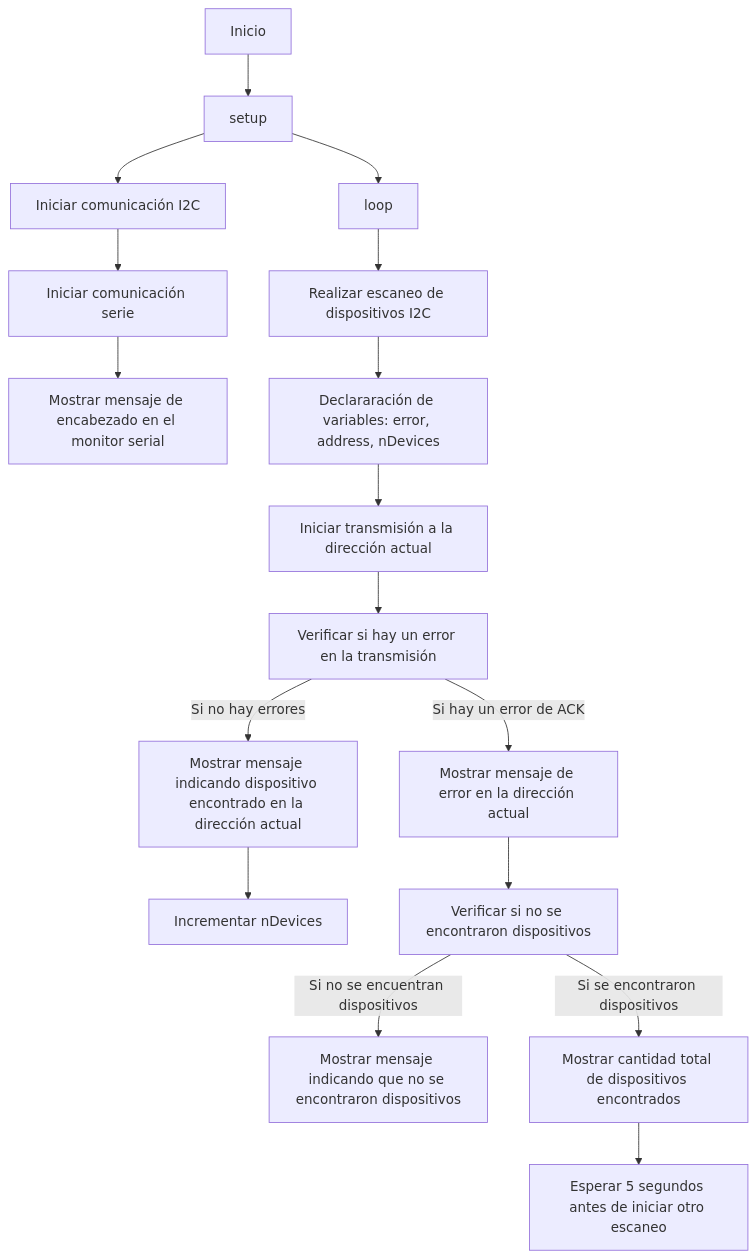
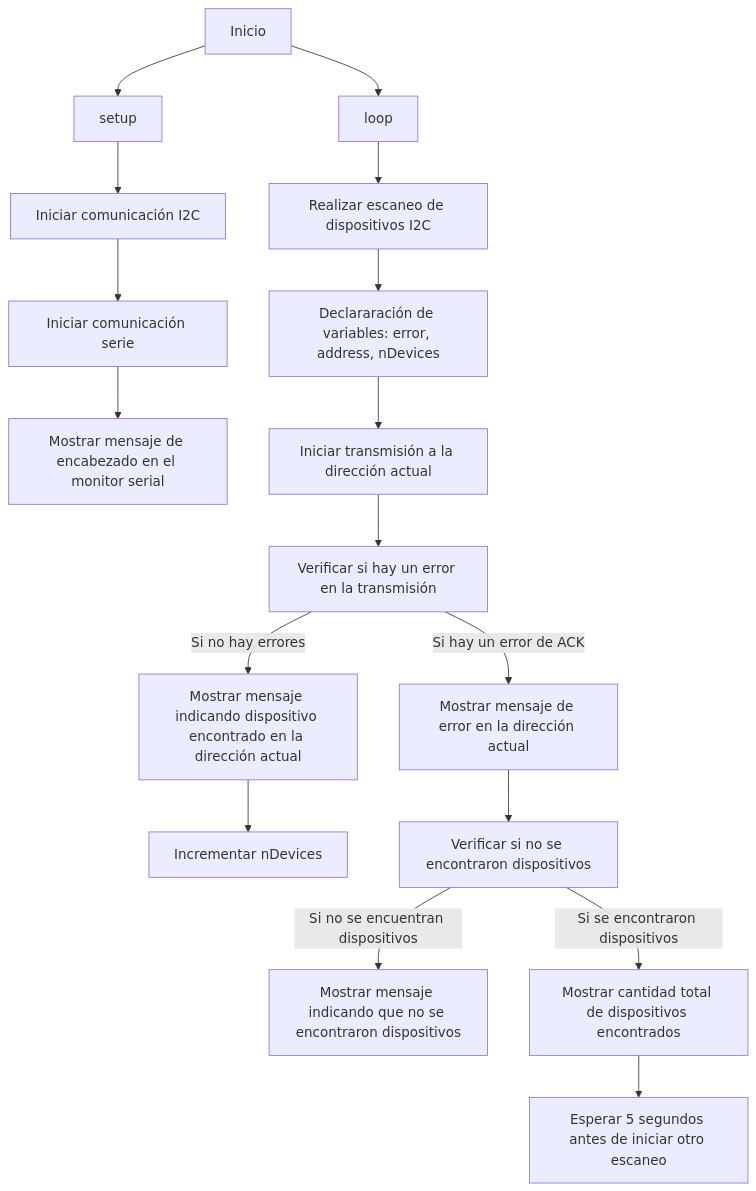
One commit to Yagouch/ProcesadoresDigitales changed the diagram in README.md. Above: the diagram before and after it, drawn with Mermaid.

````diff
--- a/README.md
+++ b/README.md
@@ -68,21 +68,21 @@
 ```mermaid
 flowchart TD;
     A[Inicio] --> B[setup];
     B --> C[Iniciar comunicación I2C];
     C --> D[Iniciar comunicación serie];
     D --> E[Mostrar mensaje de encabezado en el monitor serial];
     
-    B -->F[loop];
+    A -->F[loop];
     F -->G[Realizar escaneo de dispositivos I2C];
     G -->H[Declararación de variables: error, address, nDevices];
     H -->I[Iniciar transmisión a la dirección actual];
     I -->J[Verificar si hay un error en la transmisión];
     J -->|Si no hay errores| K[Mostrar mensaje indicando dispositivo encontrado en la dirección actual];
     K -->L[Incrementar nDevices];
     J -->|Si hay un error de ACK| M[Mostrar mensaje de error en la dirección actual];
     M -->N[Verificar si no se encontraron dispositivos];
     N -->|Si no se encuentran dispositivos| O[Mostrar mensaje indicando que no se encontraron dispositivos];
     N -->|Si se encontraron dispositivos| P[Mostrar cantidad total de dispositivos encontrados];
     P -->Q[Esperar 5 segundos antes de iniciar otro escaneo];
   
 ```
````
